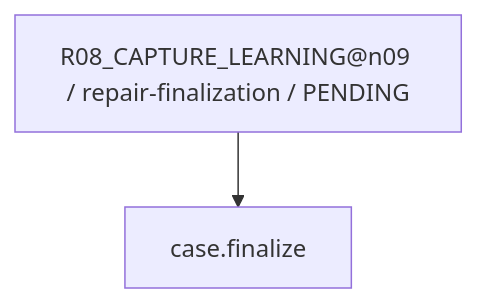
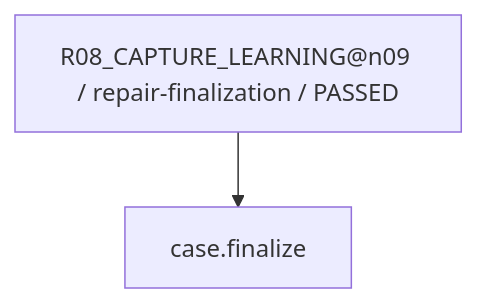
Diagram 24 of 30 in work/items/W-MATH-035-choice-order-factor-audit/generated/CAPABILITY_FIRE_DIAGRAM.md (rrikunagasige-dot/kyotsu-step-web), drawn with Mermaid before and after one commit. The commit also changed other lines of this file and 661 other files, not shown here.

````diff
--- a/work/items/W-MATH-035-choice-order-factor-audit/generated/CAPABILITY_FIRE_DIAGRAM.md
+++ b/work/items/W-MATH-035-choice-order-factor-audit/generated/CAPABILITY_FIRE_DIAGRAM.md
@@ -382,6 +382,6 @@
 ```mermaid
 flowchart TD
-  N0["R08_CAPTURE_LEARNING@n09 / repair-finalization / PENDING"]
+  N0["R08_CAPTURE_LEARNING@n09 / repair-finalization / PASSED"]
   N1["case.finalize"]
   N0 --> N1
 ```
````
